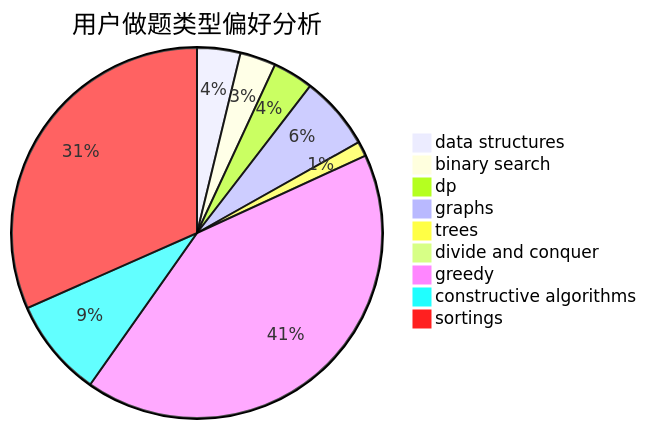
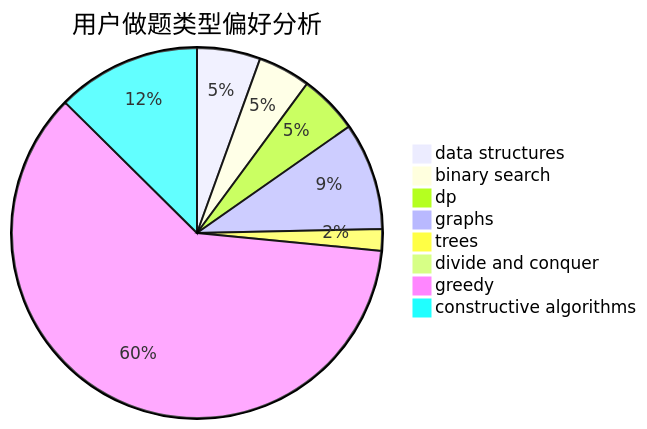
Before and after one commit to sherpahu/cfrs.github.io: the second of 3 diagrams in docs/user/u343.md, drawn with Mermaid. The commit also changed other lines of this file and 2769 other files, not shown here.

````diff
--- a/docs/user/u343.md
+++ b/docs/user/u343.md
@@ -18,12 +18,11 @@
 ```mermaid
 pie title 用户做题类型偏好分析
     "data structures" :  76
     "binary search" :  63
     "dp" :  71
     "graphs" :  129
     "trees" :  26
     "divide and conquer" :  13
     "greedy" :  837
     "constructive algorithms" :  173
-    "sortings" :  636
 ```
````
